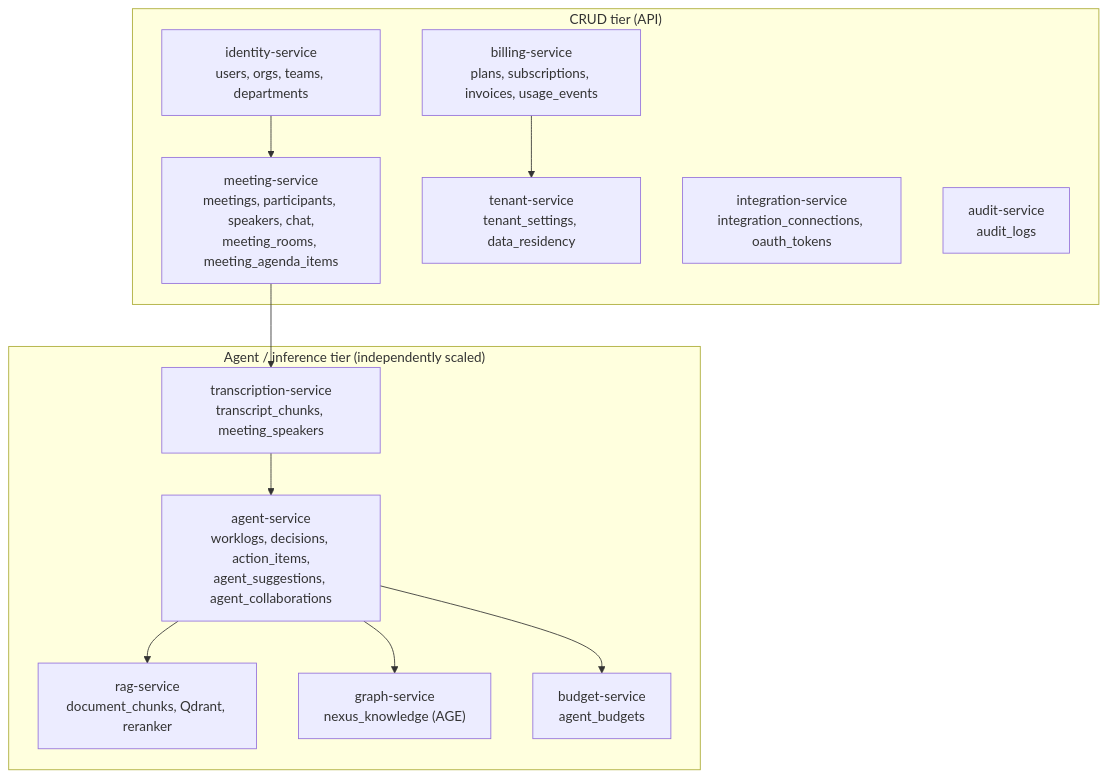
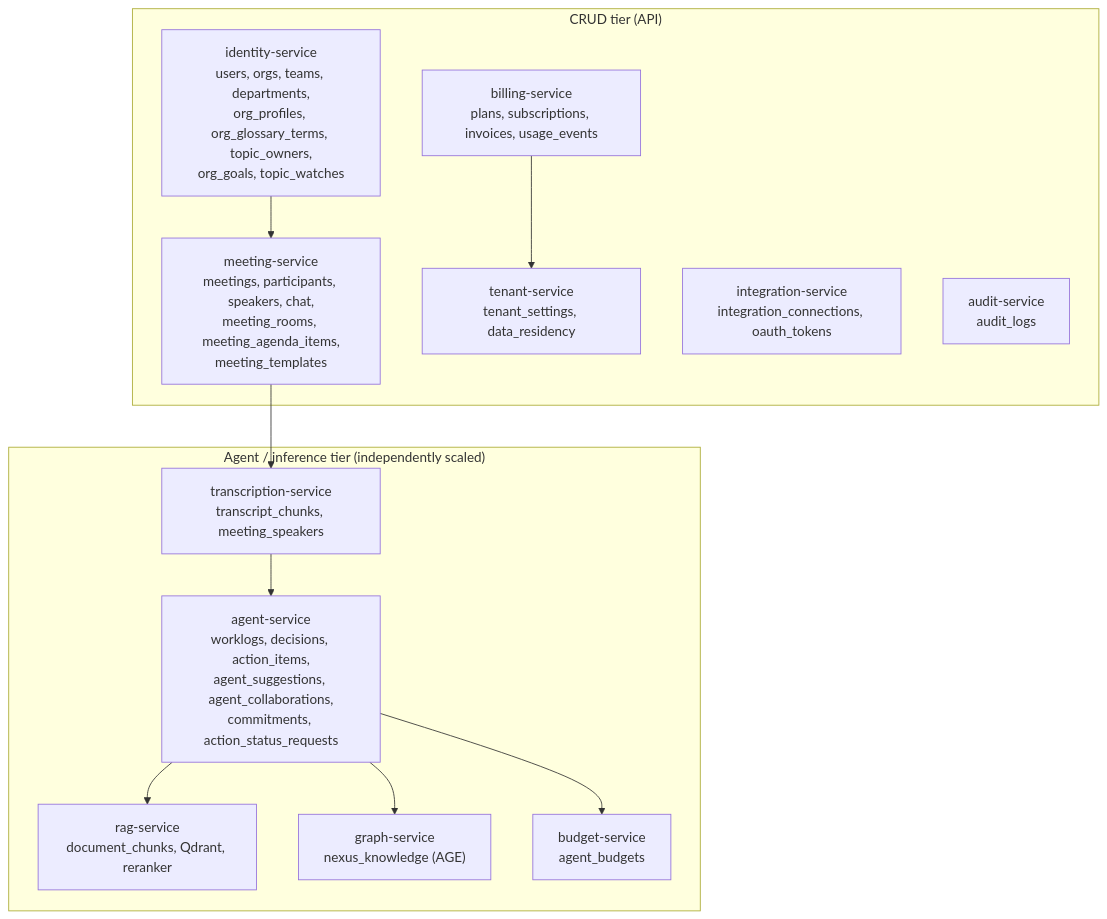
One commit to Mytheus-AI/mytheus-docs changed the first of 7 diagrams in _canon/02-data-model.md. Above: the diagram before and after it, drawn with Mermaid. The commit also changed other lines of this file and 3 other files, not shown here.

````diff
--- a/_canon/02-data-model.md
+++ b/_canon/02-data-model.md
@@ -38,25 +38,25 @@
 ```mermaid
 graph TD
   subgraph CRUD_Tier["CRUD tier (API)"]
-    IdentitySvc["identity-service<br/>users, orgs, teams, departments"]
-    MeetingSvc["meeting-service<br/>meetings, participants, speakers, chat,<br/>meeting_rooms, meeting_agenda_items"]
+    IdentitySvc["identity-service<br/>users, orgs, teams, departments,<br/>org_profiles, org_glossary_terms, topic_owners,<br/>org_goals, topic_watches"]
+    MeetingSvc["meeting-service<br/>meetings, participants, speakers, chat,<br/>meeting_rooms, meeting_agenda_items,<br/>meeting_templates"]
     TenantSvc["tenant-service<br/>tenant_settings, data_residency"]
     BillingSvc["billing-service<br/>plans, subscriptions, invoices, usage_events"]
     IntegrationSvc["integration-service<br/>integration_connections, oauth_tokens"]
     AuditSvc["audit-service<br/>audit_logs"]
   end
   subgraph Inference_Tier["Agent / inference tier (independently scaled)"]
     TranscriptSvc["transcription-service<br/>transcript_chunks, meeting_speakers"]
-    AgentSvc["agent-service<br/>worklogs, decisions, action_items,<br/>agent_suggestions, agent_collaborations"]
+    AgentSvc["agent-service<br/>worklogs, decisions, action_items,<br/>agent_suggestions, agent_collaborations,<br/>commitments, action_status_requests"]
     RAGSvc["rag-service<br/>document_chunks, Qdrant, reranker"]
     GraphSvc["graph-service<br/>nexus_knowledge (AGE)"]
     BudgetSvc["budget-service<br/>agent_budgets"]
   end
   IdentitySvc --> MeetingSvc
   MeetingSvc --> TranscriptSvc
   TranscriptSvc --> AgentSvc
   AgentSvc --> GraphSvc
   AgentSvc --> RAGSvc
   AgentSvc --> BudgetSvc
   BillingSvc --> TenantSvc
 ```
````
